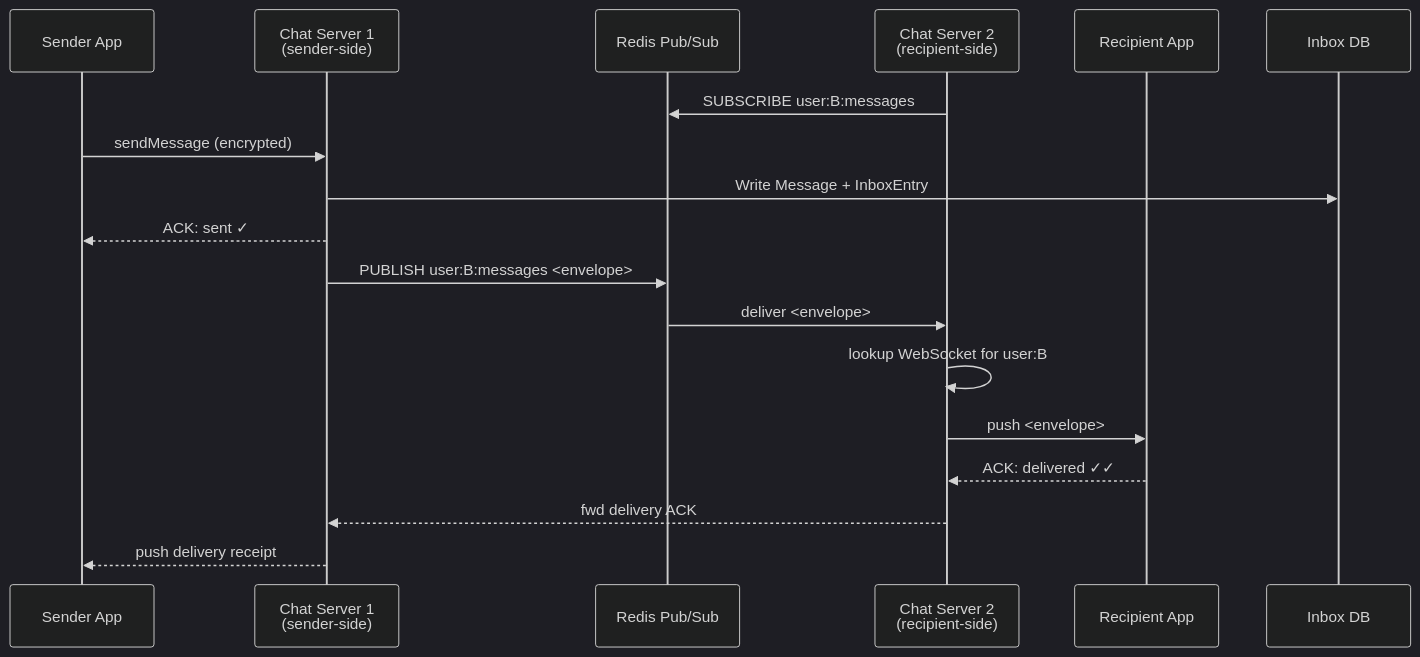
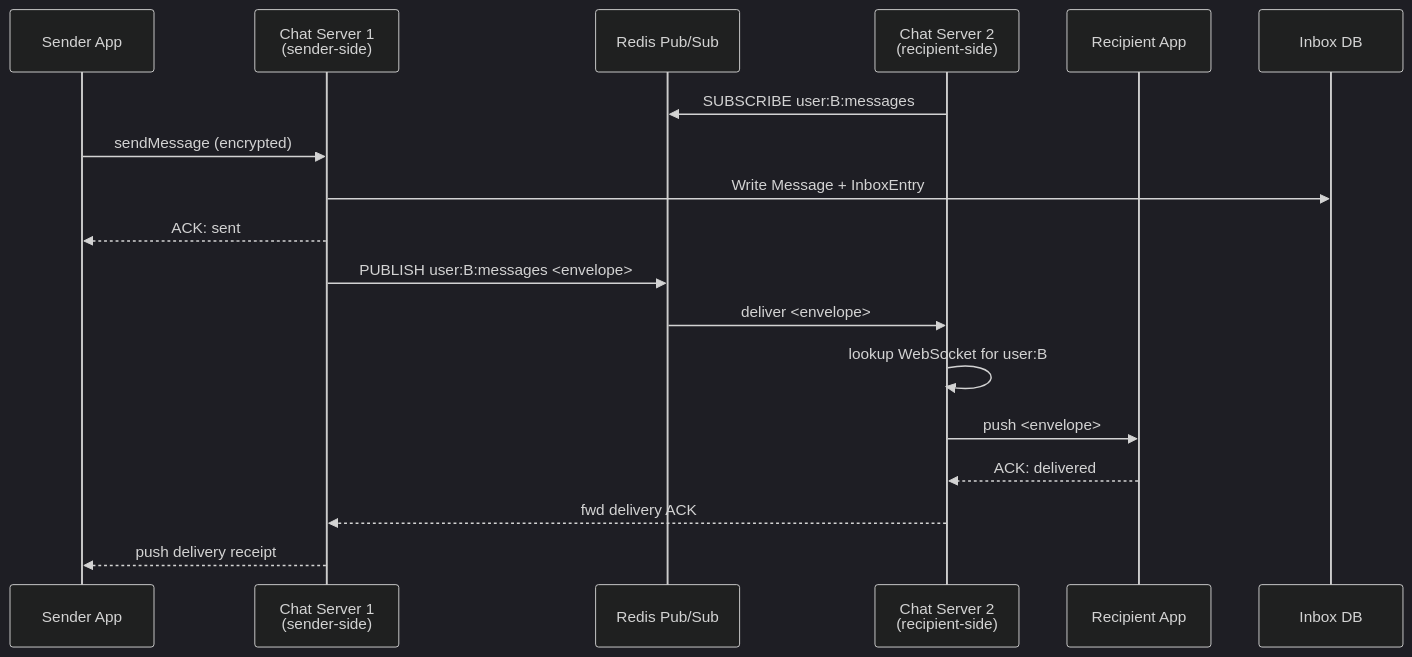
One commit to iliazlobin/iliazlobin.github.io changed the third of 4 diagrams in _posts/2026-06-30-system-design-whatsapp.md. Above: the diagram before and after it, drawn with Mermaid (dark theme). The commit also changed other lines of this file and 6 other files, not shown here.

````diff
--- a/_posts/2026-06-30-system-design-whatsapp.md
+++ b/_posts/2026-06-30-system-design-whatsapp.md
@@ -301,22 +305,21 @@
 ```mermaid
 sequenceDiagram
     participant SA as Sender App
     participant CS1 as Chat Server 1<br/>(sender-side)
     participant Redis as Redis Pub/Sub
     participant CS2 as Chat Server 2<br/>(recipient-side)
     participant RA as Recipient App
     participant DB as Inbox DB
 
     CS2->>Redis: SUBSCRIBE user:B:messages
     SA->>CS1: sendMessage (encrypted)
     CS1->>DB: Write Message + InboxEntry
-    CS1-->>SA: ACK: sent ✓
+    CS1-->>SA: ACK: sent 
     CS1->>Redis: PUBLISH user:B:messages <envelope>
     Redis->>CS2: deliver <envelope>
     CS2->>CS2: lookup WebSocket for user:B
     CS2->>RA: push <envelope>
-    RA-->>CS2: ACK: delivered ✓✓
+    RA-->>CS2: ACK: delivered 
     CS2-->>CS1: fwd delivery ACK
     CS1-->>SA: push delivery receipt
-
 ```
````
